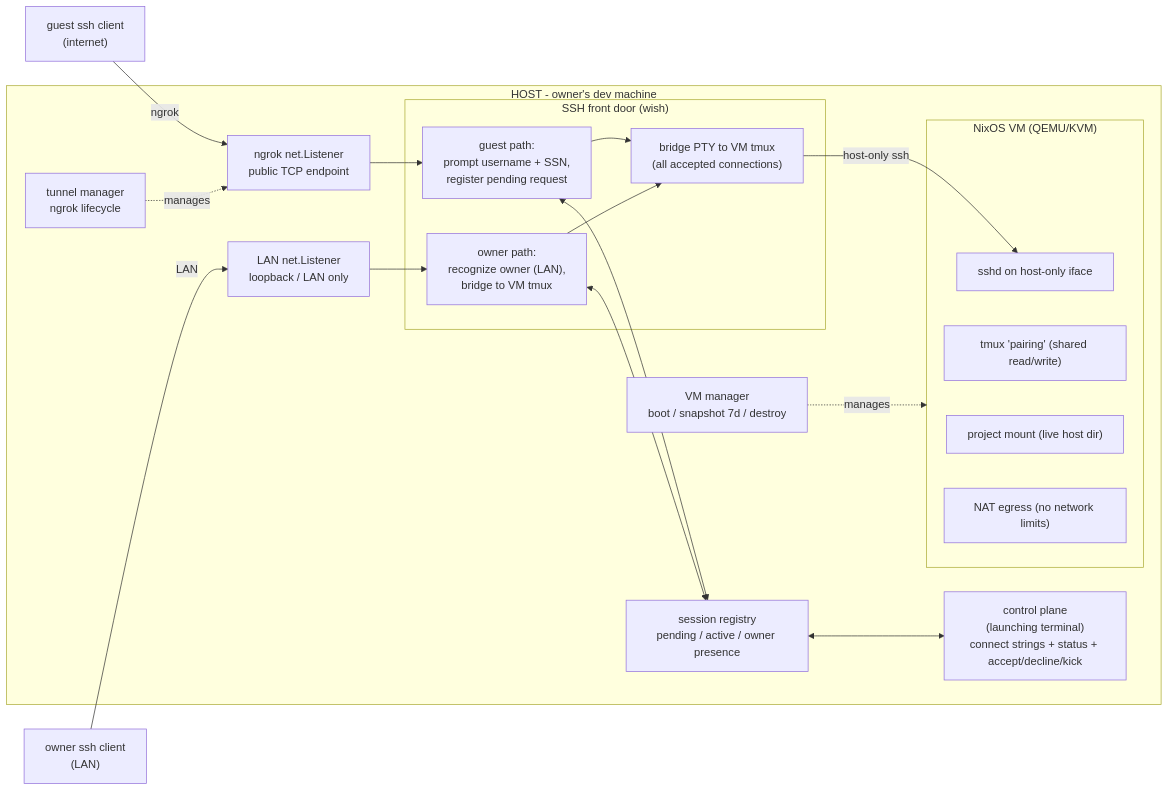
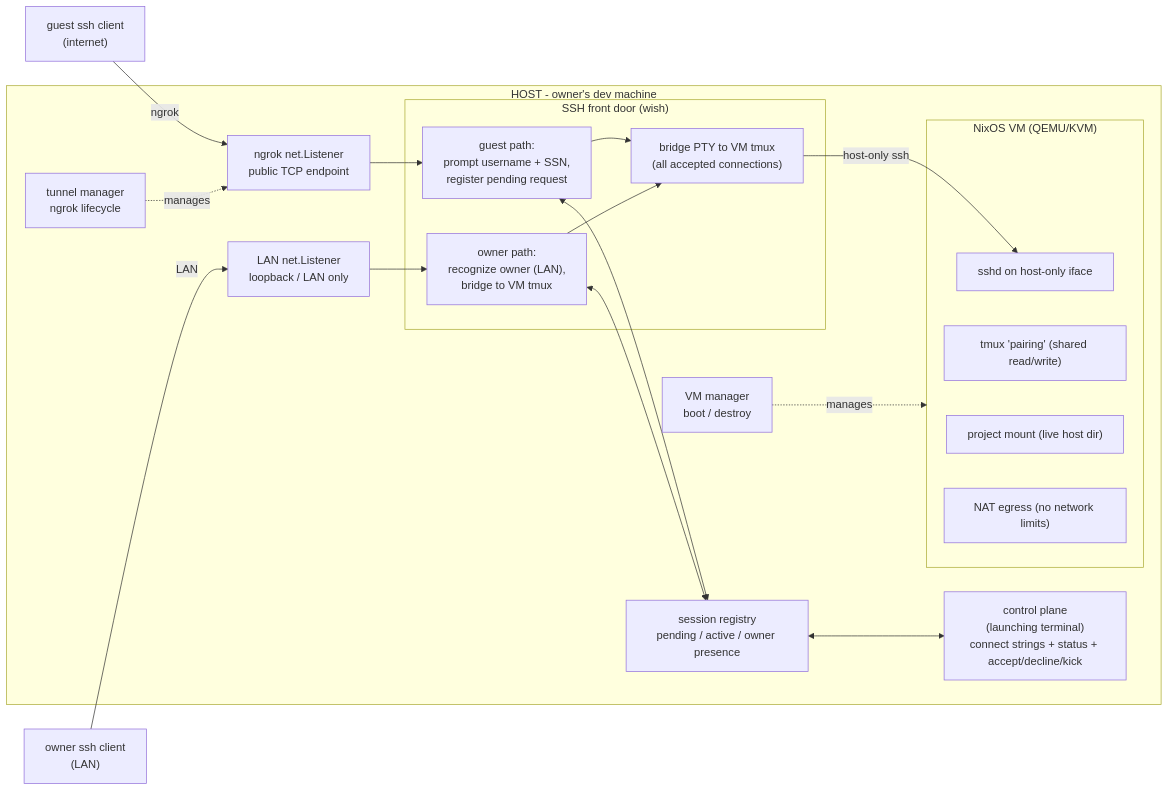
One commit to miccah/social-security changed the first of 4 diagrams in docs/DESIGN.md. Above: the diagram before and after it, drawn with Mermaid. The commit also changed other lines of this file and 2 other files, not shown here.

````diff
--- a/docs/DESIGN.md
+++ b/docs/DESIGN.md
@@ -58,39 +58,39 @@
 ```mermaid
 flowchart LR
     G["guest ssh client<br/>(internet)"]
     O["owner ssh client<br/>(LAN)"]
 
     subgraph HOST["HOST - owner's dev machine"]
         NG["ngrok net.Listener<br/>public TCP endpoint"]
         LN["LAN net.Listener<br/>loopback / LAN only"]
 
         subgraph FD["SSH front door (wish)"]
             FG["guest path:<br/>prompt username + SSN,<br/>register pending request"]
             FO["owner path:<br/>recognize owner (LAN),<br/>bridge to VM tmux"]
             BR["bridge PTY to VM tmux<br/>(all accepted connections)"]
         end
 
         REG["session registry<br/>pending / active / owner presence"]
         DMN["control plane<br/>(launching terminal)<br/>connect strings + status + accept/decline/kick"]
         TUN["tunnel manager<br/>ngrok lifecycle"]
-        VMM["VM manager<br/>boot / snapshot 7d / destroy"]
+        VMM["VM manager<br/>boot / destroy"]
 
         subgraph VM["NixOS VM (QEMU/KVM)"]
             SSHD["sshd on host-only iface"]
             TMUX["tmux 'pairing' (shared read/write)"]
             PROJ["project mount (live host dir)"]
             NET["NAT egress (no network limits)"]
         end
     end
 
     G -->|ngrok| NG --> FG
     O -->|LAN| LN --> FO
     FG <--> REG
     FO <--> REG
     REG <--> DMN
     FG --> BR
     FO --> BR
     BR -->|host-only ssh| SSHD
     TUN -.manages.-> NG
     VMM -.manages.-> VM
 ```
````
